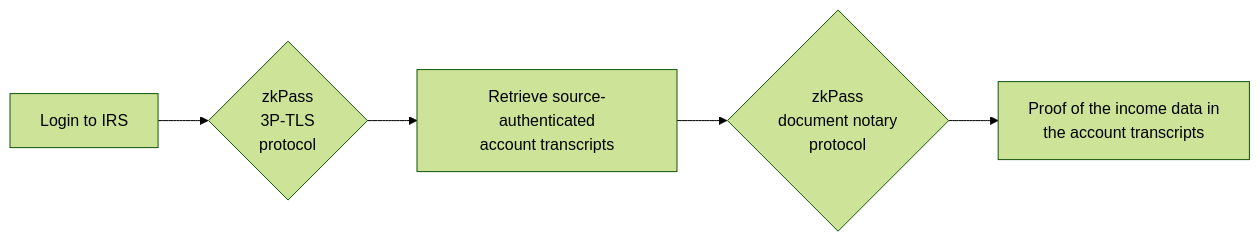
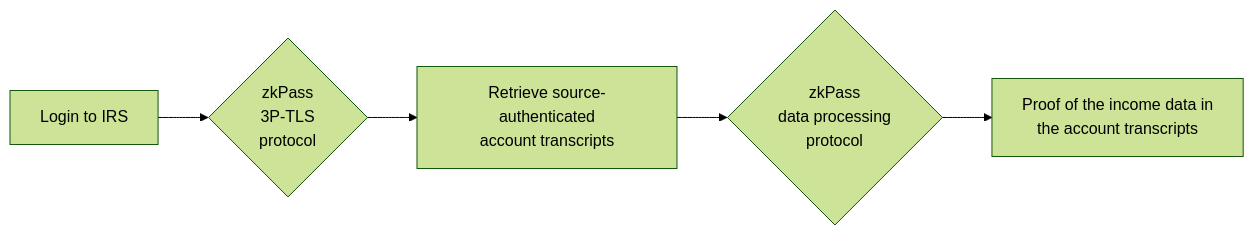
Before and after one commit to l2iterative/zkpass-accredited-investors: the first of 2 diagrams in README.md, drawn with Mermaid (forest theme).

````diff
--- a/README.md
+++ b/README.md
@@ -23,7 +23,7 @@
 ```mermaid
 flowchart LR
   A[Login to IRS] --> B{zkPass<br/>3P-TLS<br/>protocol}
   B --> C[Retrieve source-authenticated<br/>account transcripts]
-  C --> D{zkPass<br/>document notary<br/>protocol}
+  C --> D{zkPass<br/>data processing<br/>protocol}
   D --> E[Proof of the income data in<br/>the account transcripts]
 ```
````
